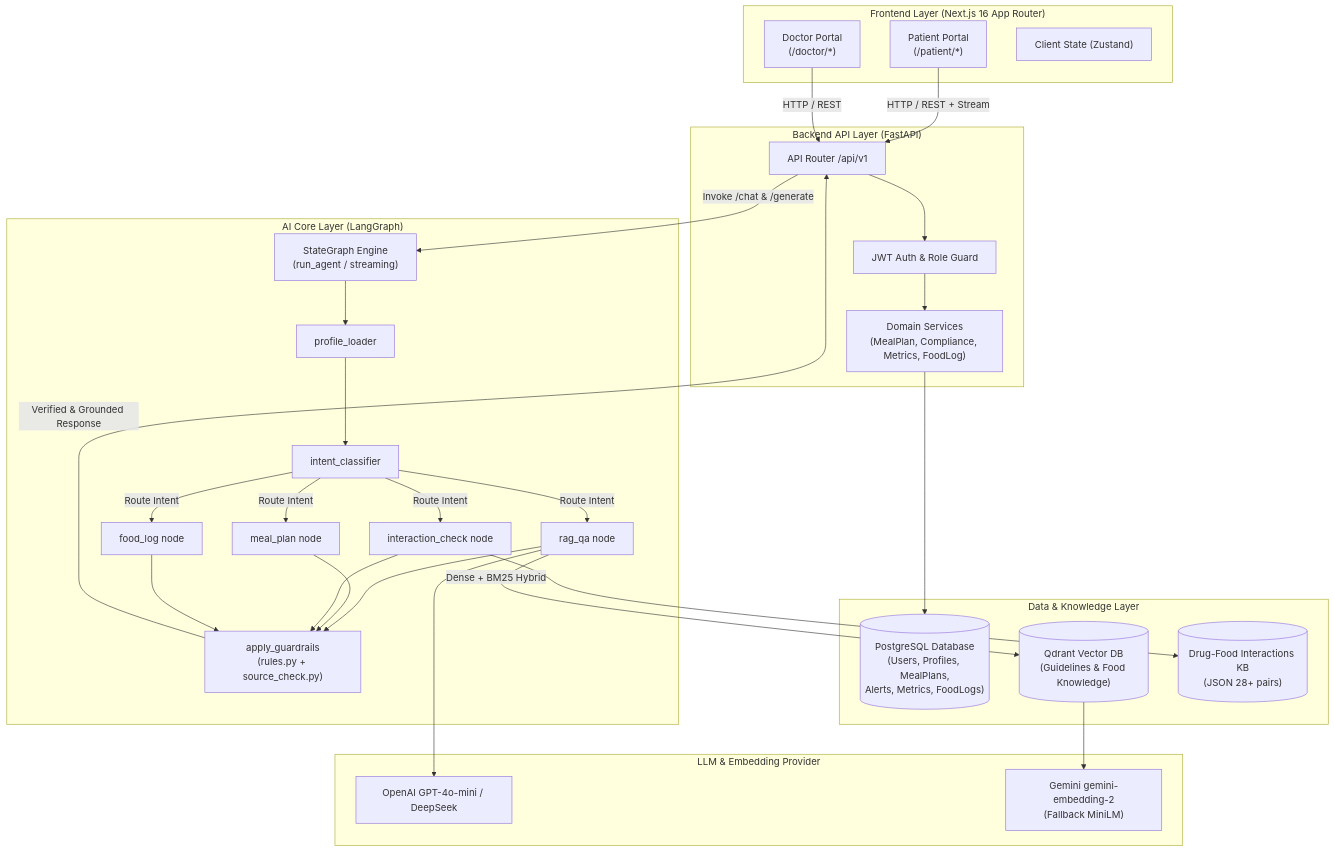
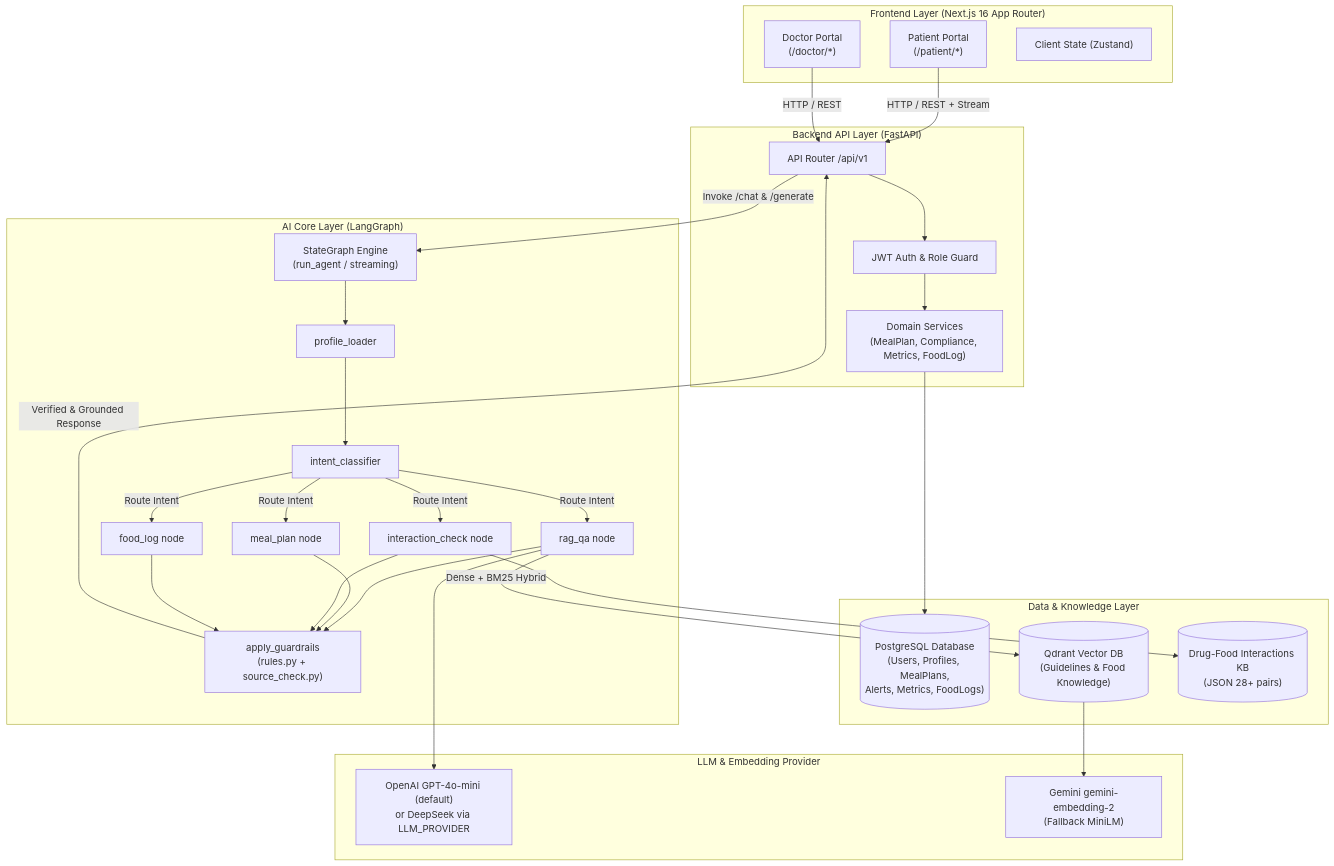
The first of 4 diagrams in ARCHITECTURE.md (anhdotu0912/mohinhhoa), drawn with Mermaid before and after one commit. The commit also changed other lines of this file and 11 other files, not shown here.

````diff
--- a/ARCHITECTURE.md
+++ b/ARCHITECTURE.md
@@ -13,56 +13,56 @@
 ```mermaid
 graph TB
     subgraph Client["Frontend Layer (Next.js 16 App Router)"]
         PatientUI["Patient Portal<br/>(/patient/*)"]
         DoctorUI["Doctor Portal<br/>(/doctor/*)"]
         StateStore["Client State (Zustand)"]
     end
 
     subgraph Backend["Backend API Layer (FastAPI)"]
         APIRouter["API Router /api/v1"]
         AuthMiddleware["JWT Auth & Role Guard"]
         Services["Domain Services<br/>(MealPlan, Compliance, Metrics, FoodLog)"]
     end
 
     subgraph AIOrchestration["AI Core Layer (LangGraph)"]
         GraphEngine["StateGraph Engine<br/>(run_agent / streaming)"]
         ProfileLoader["profile_loader"]
         IntentRouter["intent_classifier"]
         RAGQA["rag_qa node"]
         MealPlanNode["meal_plan node"]
         InteractionNode["interaction_check node"]
         FoodLogNode["food_log node"]
         GuardrailEngine["apply_guardrails<br/>(rules.py + source_check.py)"]
     end
 
     subgraph DataStorage["Data & Knowledge Layer"]
         PostgresDB[("PostgreSQL Database<br/>(Users, Profiles, MealPlans,<br/>Alerts, Metrics, FoodLogs)")]
         QdrantVS[("Qdrant Vector DB<br/>(Guidelines & Food Knowledge)")]
         DrugFoodKB[("Drug-Food Interactions KB<br/>(JSON 28+ pairs)")]
     end
 
     subgraph ExternalLLM["LLM & Embedding Provider"]
-        LLMModel["OpenAI GPT-4o-mini / DeepSeek"]
+        LLMModel["OpenAI GPT-4o-mini (default)<br/>or DeepSeek via LLM_PROVIDER"]
         EmbedModel["Gemini gemini-embedding-2<br/>(Fallback MiniLM)"]
     end
 
     PatientUI -->|HTTP / REST + Stream| APIRouter
     DoctorUI -->|HTTP / REST| APIRouter
     APIRouter --> AuthMiddleware
     AuthMiddleware --> Services
     Services --> PostgresDB
 
     APIRouter -->|Invoke /chat & /generate| GraphEngine
     GraphEngine --> ProfileLoader
     ProfileLoader --> IntentRouter
     IntentRouter -->|Route Intent| RAGQA & MealPlanNode & InteractionNode & FoodLogNode
     
     RAGQA -->|Dense + BM25 Hybrid| QdrantVS
     RAGQA --> LLMModel
     QdrantVS --> EmbedModel
 
     InteractionNode --> DrugFoodKB
     
     RAGQA & MealPlanNode & InteractionNode & FoodLogNode --> GuardrailEngine
     GuardrailEngine -->|Verified & Grounded Response| APIRouter
 ```
````
